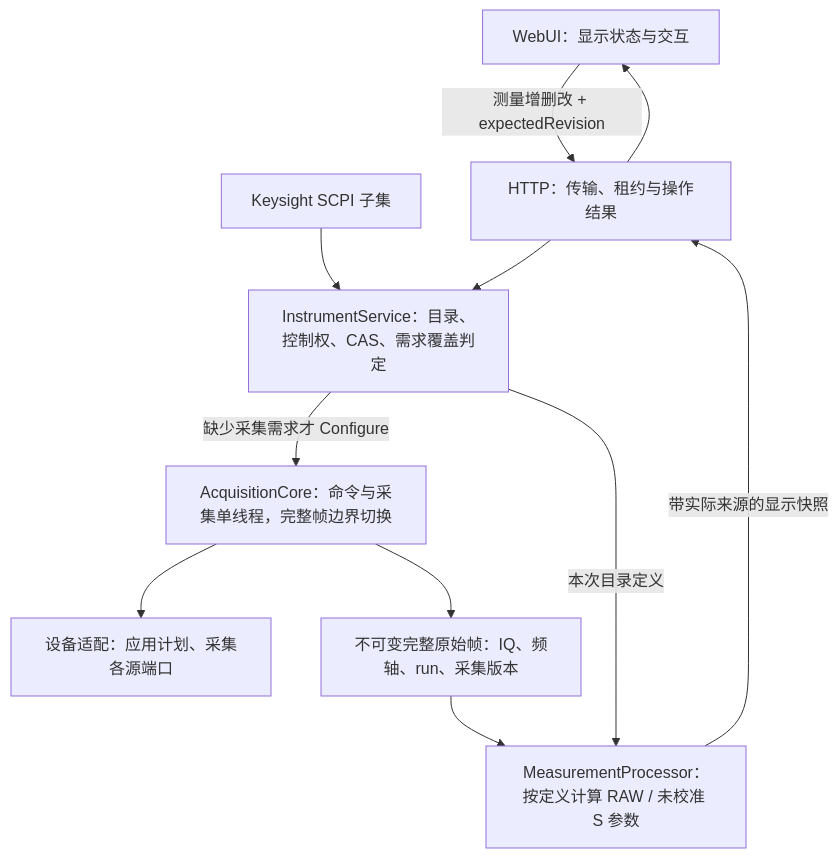
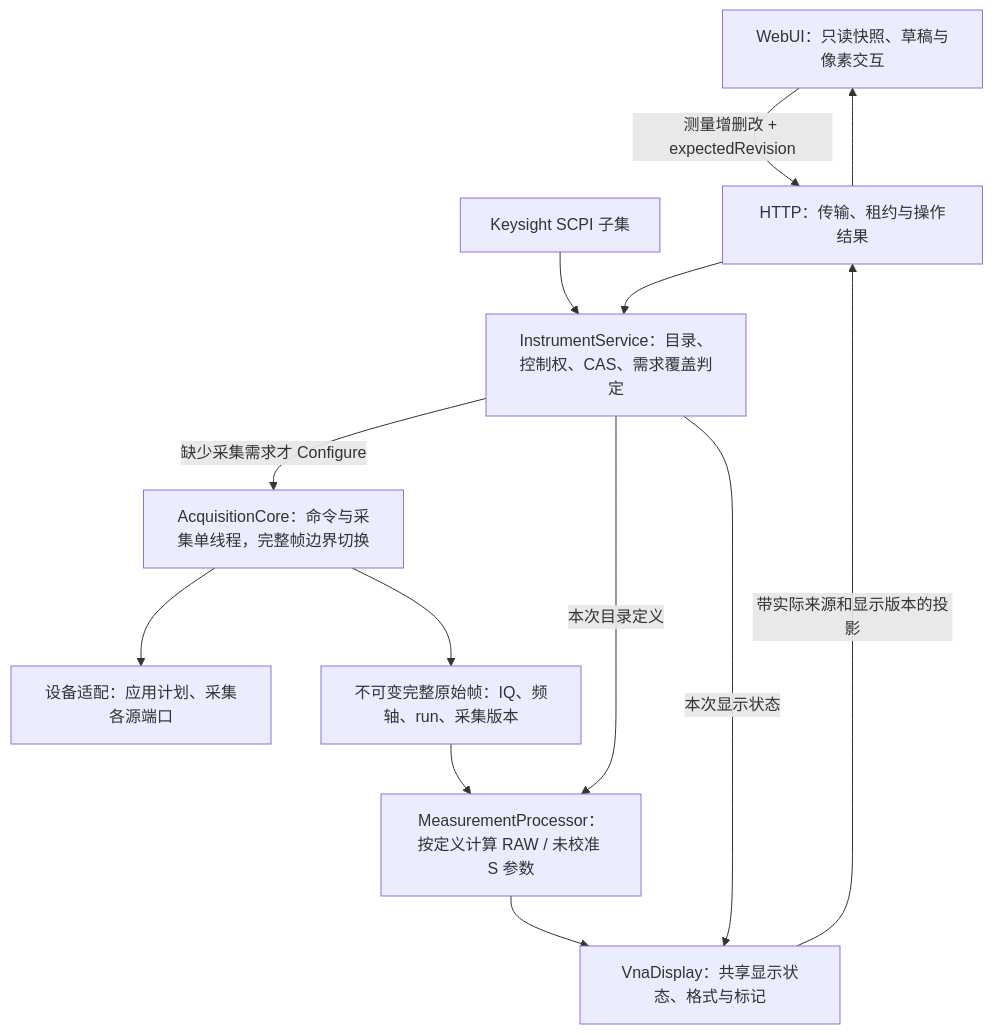
The first of 2 diagrams in docs/research/商用网分实时迹线与分层审视.md (aniping/VnaPro), drawn with Mermaid before and after one commit. The commit also changed other lines of this file and 7 other files, not shown here.

First line of the commit message:
文档：记录商用行为依据与共享图窗验收结果

````diff
--- a/docs/research/商用网分实时迹线与分层审视.md
+++ b/docs/research/商用网分实时迹线与分层审视.md
@@ -23,13 +25,15 @@
 ```mermaid
 flowchart TB
-    UI[WebUI：显示状态与交互] -->|测量增删改 + expectedRevision| HTTP[HTTP：传输、租约与操作结果]
+    UI[WebUI：只读快照、草稿与像素交互] -->|测量增删改 + expectedRevision| HTTP[HTTP：传输、租约与操作结果]
     SCPI[Keysight SCPI 子集] --> Service
     HTTP --> Service[InstrumentService：目录、控制权、CAS、需求覆盖判定]
     Service -->|缺少采集需求才 Configure| Core[AcquisitionCore：命令与采集单线程，完整帧边界切换]
     Core --> Device[设备适配：应用计划、采集各源端口]
     Core --> Frame[不可变完整原始帧：IQ、频轴、run、采集版本]
     Frame --> Projection[MeasurementProcessor：按定义计算 RAW / 未校准 S 参数]
     Service -->|本次目录定义| Projection
-    Projection -->|带实际来源的显示快照| HTTP
+    Projection --> Display[VnaDisplay：共享显示状态、格式与标记]
+    Service -->|本次显示状态| Display
+    Display -->|带实际来源和显示版本的投影| HTTP
     HTTP --> UI
 ```
````
